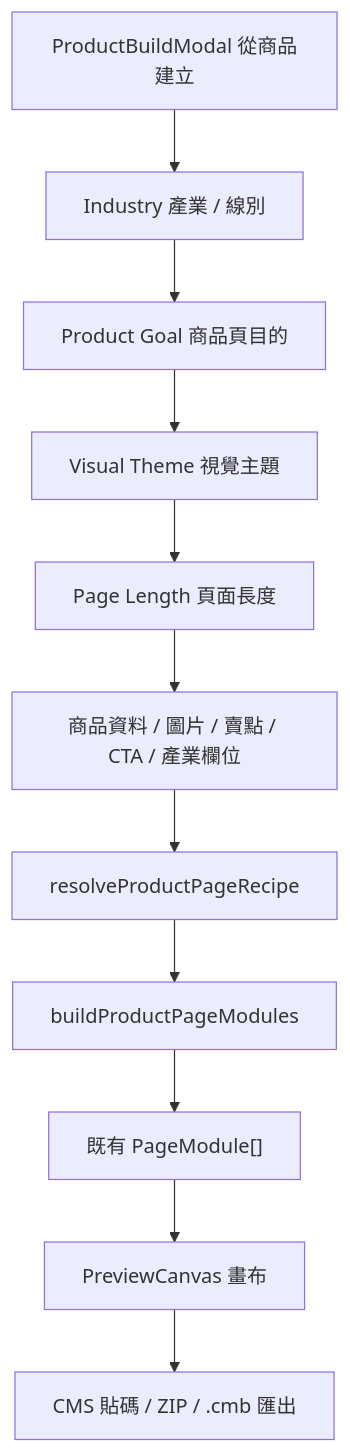
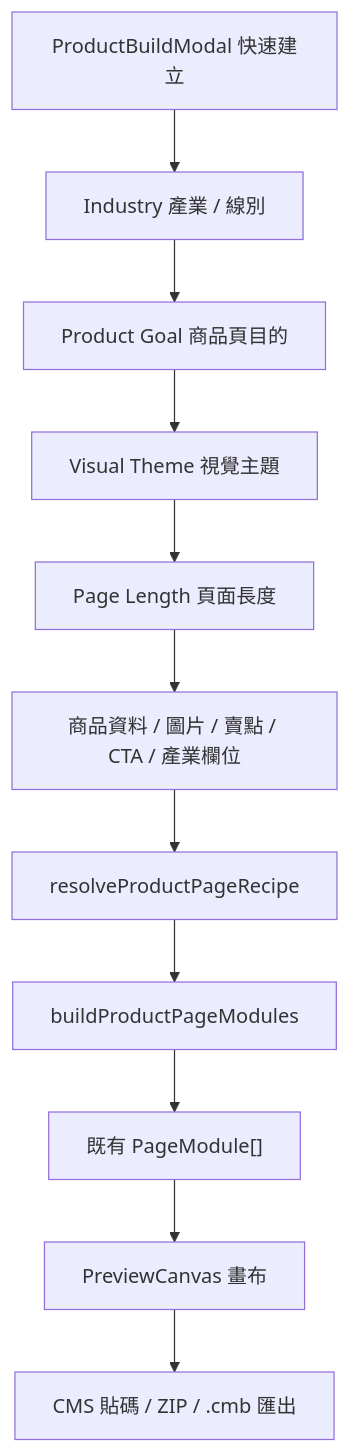
Before and after one commit to Iveslee00/Campaign-Module-Builder: the seventh of 8 diagrams in docs/site-architecture.md, drawn with Mermaid. The commit also changed other lines of this file and 5 other files, not shown here.

````diff
--- a/docs/site-architecture.md
+++ b/docs/site-architecture.md
@@ -243,25 +243,25 @@
 ```mermaid
 flowchart TD
-  ProductModal["ProductBuildModal 從商品建立"]
+  ProductModal["ProductBuildModal 快速建立"]
   Industry["Industry 產業 / 線別"]
   Goal["Product Goal 商品頁目的"]
   Theme["Visual Theme 視覺主題"]
   Length["Page Length 頁面長度"]
   ProductInput["商品資料 / 圖片 / 賣點 / CTA / 產業欄位"]
   RecipeResolver["resolveProductPageRecipe"]
   ProductBuilder["buildProductPageModules"]
   ExistingModules["既有 PageModule[]"]
   Canvas["PreviewCanvas 畫布"]
   Export["CMS 貼碼 / ZIP / .cmb 匯出"]
 
   ProductModal --> Industry
   Industry --> Goal
   Goal --> Theme
   Theme --> Length
   Length --> ProductInput
   ProductInput --> RecipeResolver
   RecipeResolver --> ProductBuilder
   ProductBuilder --> ExistingModules
   ExistingModules --> Canvas
   Canvas --> Export
 ```
````
